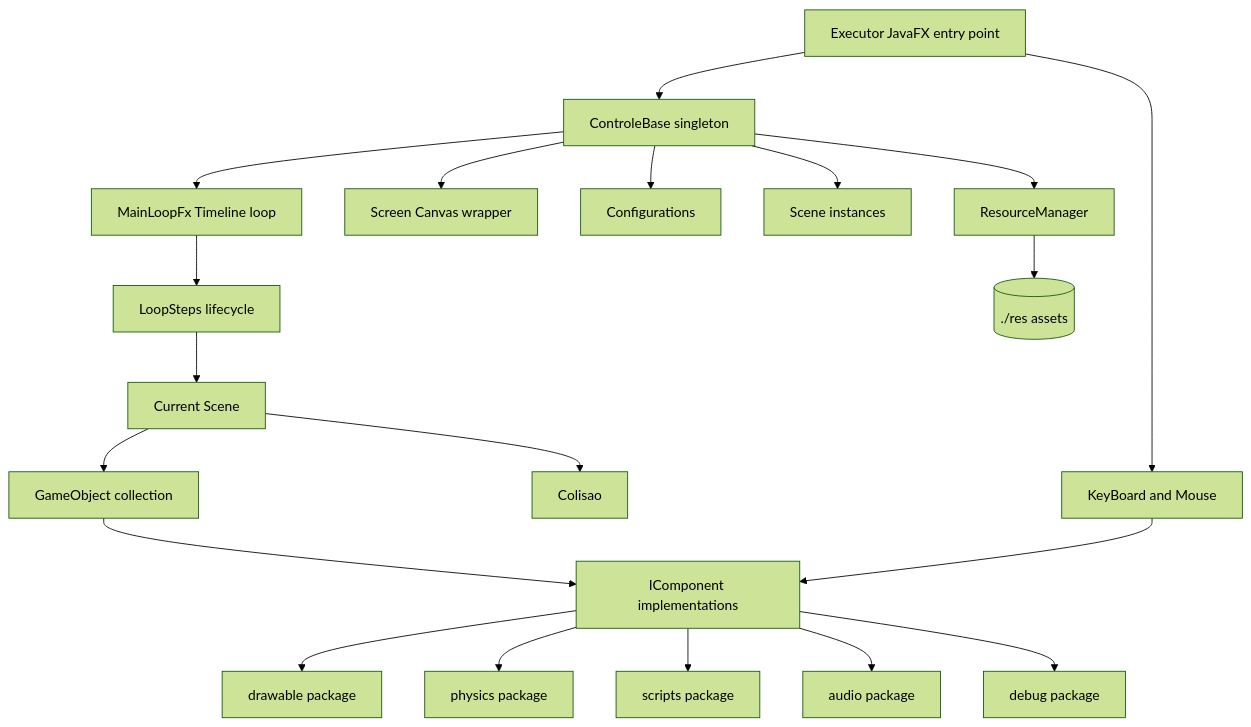
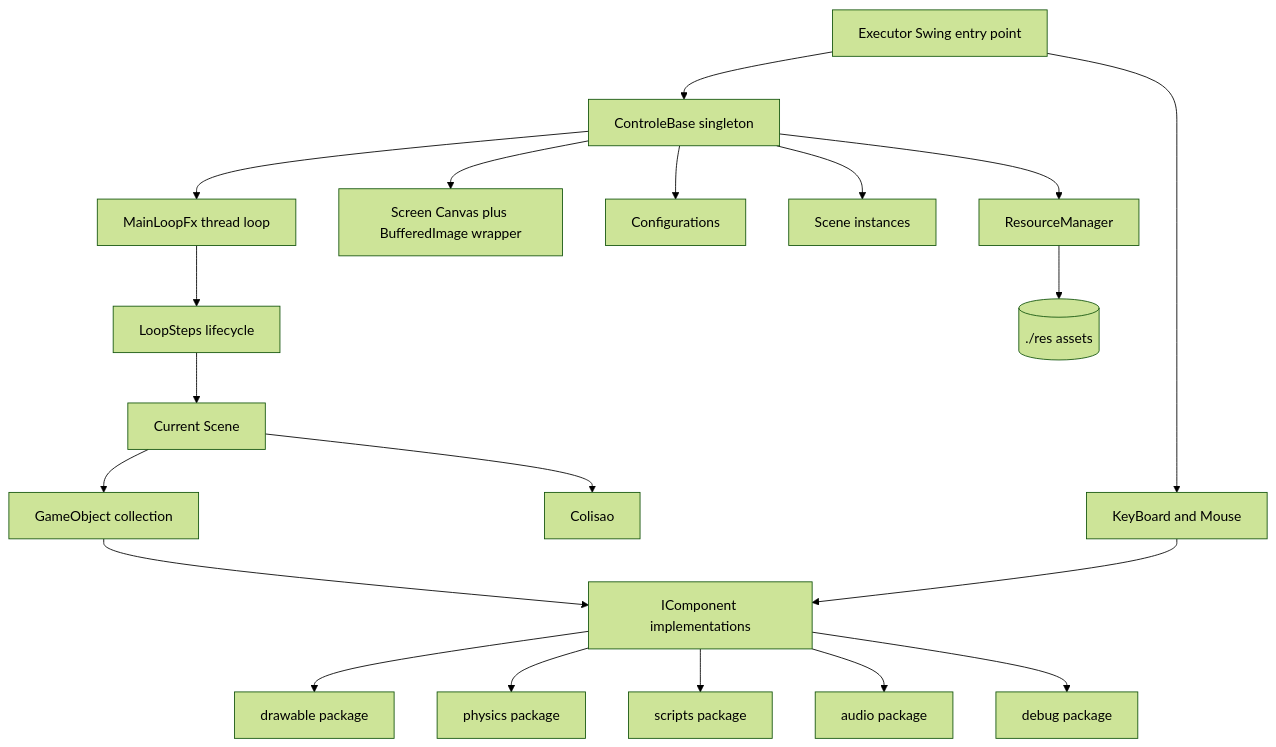
The first of 6 diagrams in Project_Architecture_Blueprint.md (JunioDutra/enginefx), drawn with Mermaid (forest theme) before and after one commit. The commit also changed other lines of this file and 43 other files, not shown here.

First line of the commit message:
Refactor graphics and input handling; replace JavaFX with AWT/Swing

````diff
--- a/Project_Architecture_Blueprint.md
+++ b/Project_Architecture_Blueprint.md
@@ -37,25 +37,25 @@
 ```mermaid
 flowchart TD
-    Executor[Executor JavaFX entry point] --> ControleBase[ControleBase singleton]
-    ControleBase --> MainLoopFx[MainLoopFx Timeline loop]
-    ControleBase --> Screen[Screen Canvas wrapper]
+    Executor[Executor Swing entry point] --> ControleBase[ControleBase singleton]
+    ControleBase --> MainLoopFx[MainLoopFx thread loop]
+    ControleBase --> Screen[Screen Canvas plus BufferedImage wrapper]
     ControleBase --> Config[Configurations]
     ControleBase --> SceneList[Scene instances]
 
     MainLoopFx --> LoopSteps[LoopSteps lifecycle]
     LoopSteps --> Scene[Current Scene]
     Scene --> GameObject[GameObject collection]
     GameObject --> Components[IComponent implementations]
 
     Components --> Drawable[drawable package]
     Components --> Physics[physics package]
     Components --> Scripts[scripts package]
     Components --> Audio[audio package]
     Components --> Debug[debug package]
 
     ControleBase --> ResourceManager[ResourceManager]
     ResourceManager --> Res[(./res assets)]
     Scene --> Collision[Colisao]
     Executor --> Input[KeyBoard and Mouse]
     Input --> Components
 ```
````
